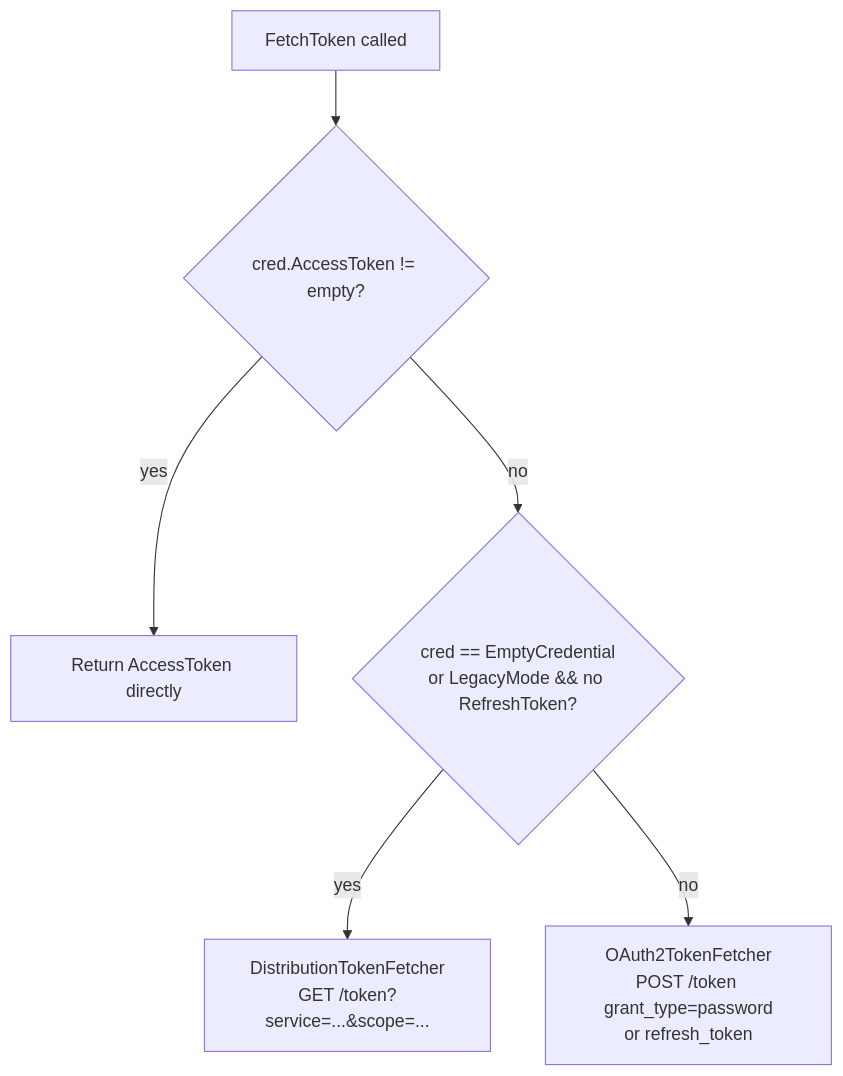
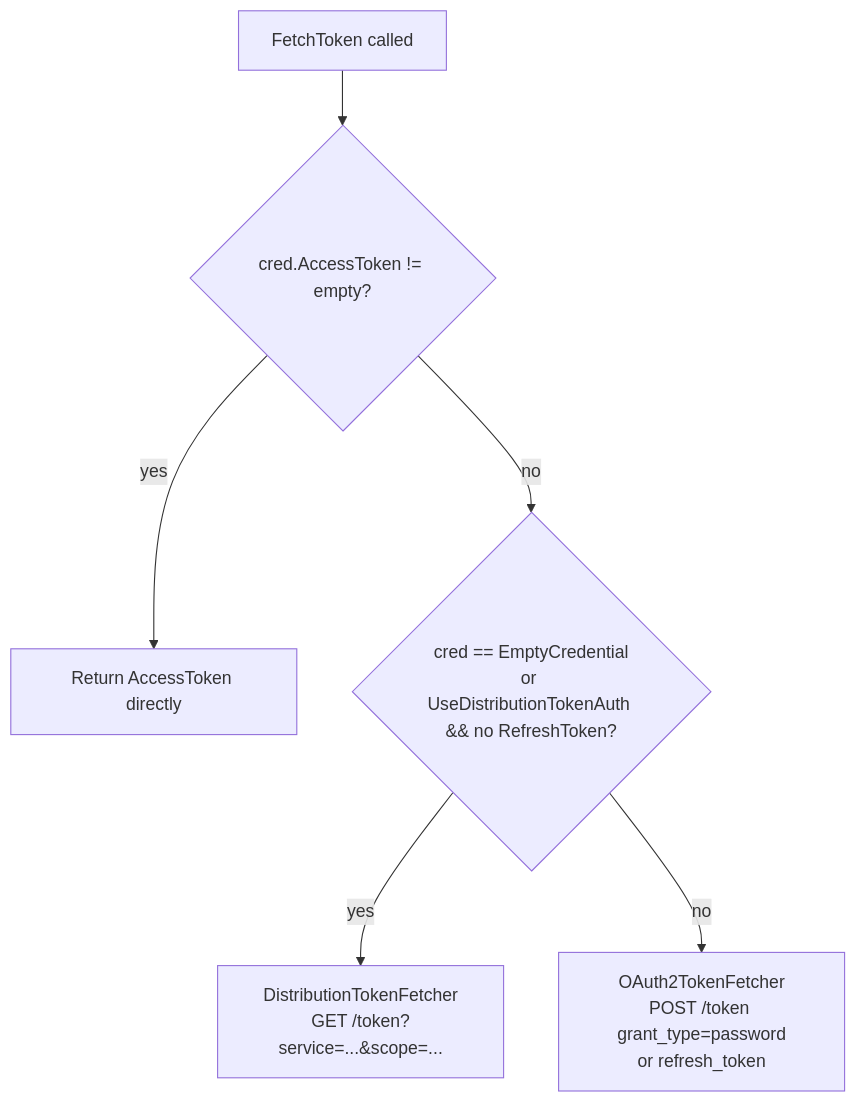
One commit to TerryHowe/oras-go changed the fourth of 11 diagrams in docs/design/registry-v3-design.md. Above: the diagram before and after it, drawn with Mermaid. The commit also changed other lines of this file and 10 other files, not shown here.

First line of the commit message:
refactor: replace ForceBasicAuth/LegacyMode with UseDistributionTokenAuth

````diff
--- a/docs/design/registry-v3-design.md
+++ b/docs/design/registry-v3-design.md
@@ -213,8 +213,8 @@
 ```mermaid
 flowchart TD
     A[FetchToken called] --> B{cred.AccessToken != empty?}
     B -- yes --> C[Return AccessToken directly]
-    B -- no --> D{cred == EmptyCredential\nor LegacyMode && no RefreshToken?}
+    B -- no --> D{cred == EmptyCredential\nor UseDistributionTokenAuth && no RefreshToken?}
     D -- yes --> E[DistributionTokenFetcher\nGET /token?service=...&scope=...]
     D -- no --> F[OAuth2TokenFetcher\nPOST /token grant_type=password\nor refresh_token]
 ```
````
